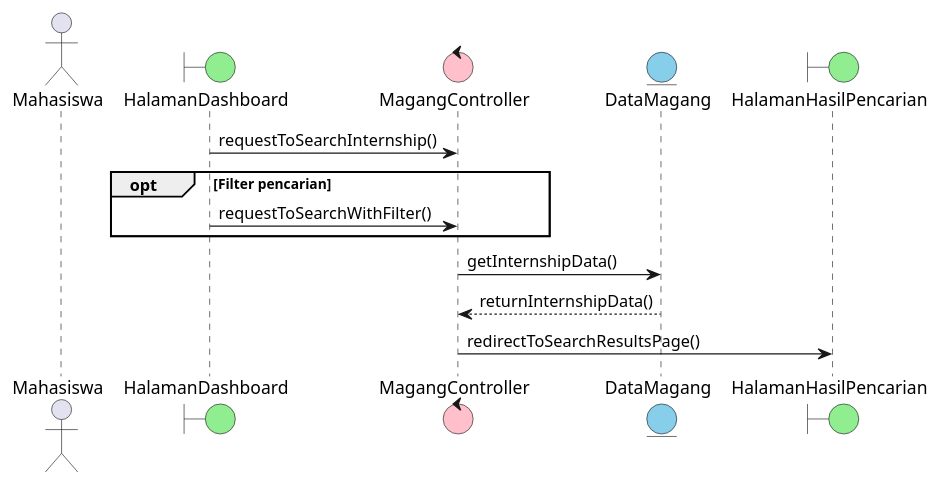
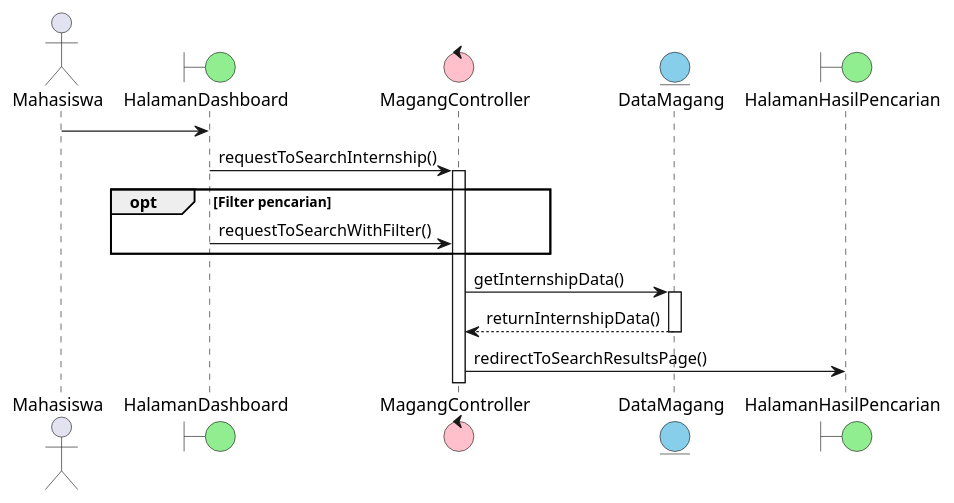
One commit to petrusthelastking/MAGNET-Magang-Network-And-Tracking changed the diagram in docs/sequence-diagram/mahasiswa/02-melakukan-pencarian-dan-seleksi-magang.plantuml. Above: the diagram before and after it, drawn with PlantUML. The commit also changed 6 other files, not shown here.

Commit message:
doc: add streamline to some existing sequence diagram

```diff
--- a/docs/sequence-diagram/mahasiswa/02-melakukan-pencarian-dan-seleksi-magang.plantuml
+++ b/docs/sequence-diagram/mahasiswa/02-melakukan-pencarian-dan-seleksi-magang.plantuml
@@ -1,19 +1,24 @@
 @startuml melakukan-pencarian-dan-seleksi-magang
 
 actor Mahasiswa
 
 boundary HalamanDashboard #LightGreen
 control MagangController #Pink
 entity DataMagang #SkyBlue
 boundary HalamanHasilPencarian #LightGreen
 
+Mahasiswa -> HalamanDashboard
+
 HalamanDashboard -> MagangController : requestToSearchInternship()
+activate MagangController
 
 opt Filter pencarian
     HalamanDashboard -> MagangController : requestToSearchWithFilter()
 end
 MagangController -> DataMagang : getInternshipData()
+activate DataMagang
 DataMagang --> MagangController : returnInternshipData()
+deactivate DataMagang
 MagangController -> HalamanHasilPencarian : redirectToSearchResultsPage()
 
 @enduml
```
